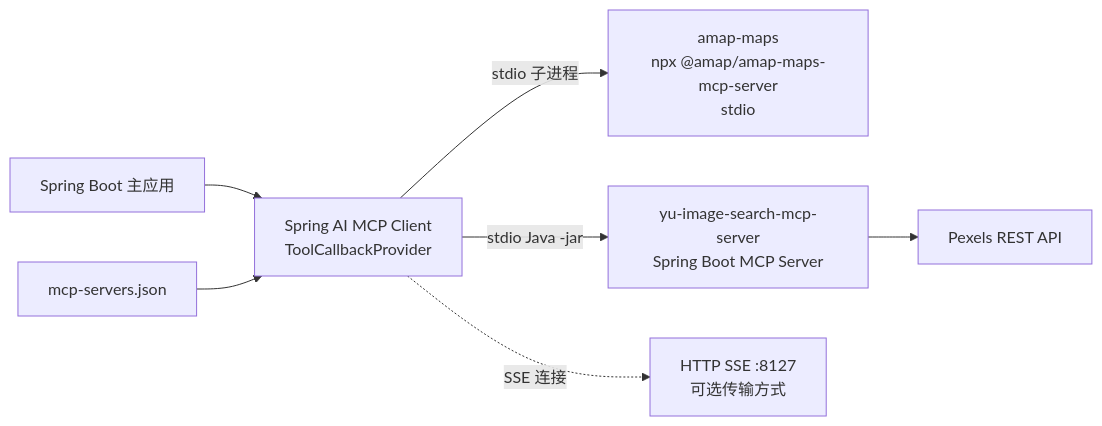
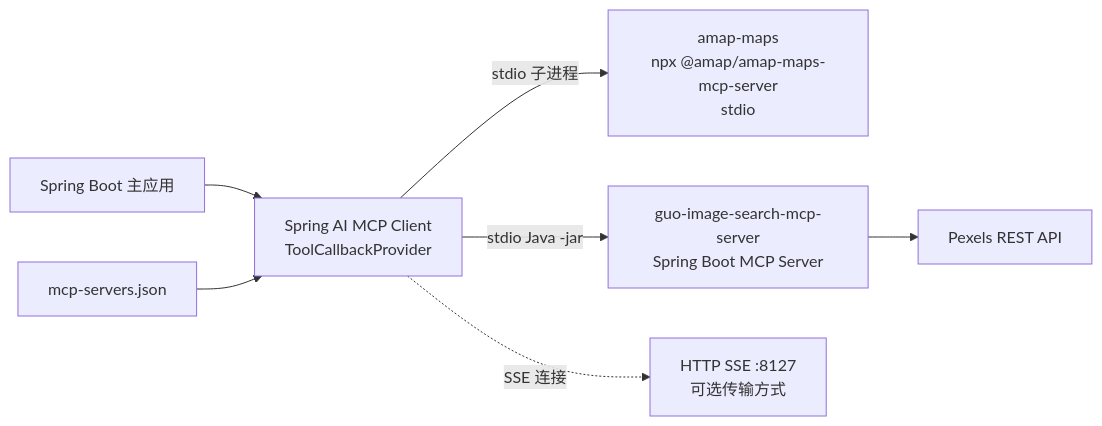
Before and after one commit to carryxiaoguo/ai-agent-langchain4j-SpringAI: the sixth of 7 diagrams in docs/架构图.md, drawn with Mermaid. The commit also changed other lines of this file and 37 other files, not shown here.

````diff
--- a/docs/架构图.md
+++ b/docs/架构图.md
@@ -238,17 +238,17 @@
 ```mermaid
 flowchart LR
     app["Spring Boot 主应用"]
     provider["Spring AI MCP Client<br/>ToolCallbackProvider"]
     config["mcp-servers.json"]
     amap["amap-maps<br/>npx @amap/amap-maps-mcp-server<br/>stdio"]
-    image["yu-image-search-mcp-server<br/>Spring Boot MCP Server"]
+    image["guo-image-search-mcp-server<br/>Spring Boot MCP Server"]
     pexels["Pexels REST API"]
     sse["HTTP SSE :8127<br/>可选传输方式"]
 
     app --> provider
     config --> provider
     provider -->|stdio 子进程| amap
     provider -->|stdio Java -jar| image
     provider -.SSE 连接.-> sse
     image --> pexels
 ```
````
